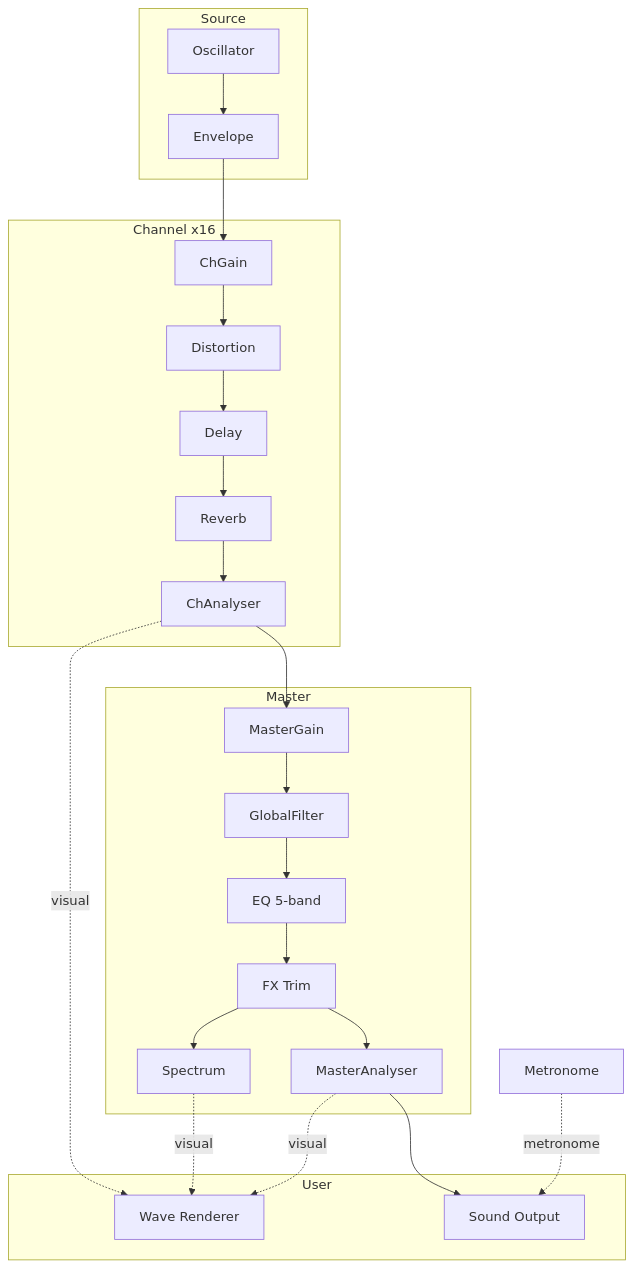
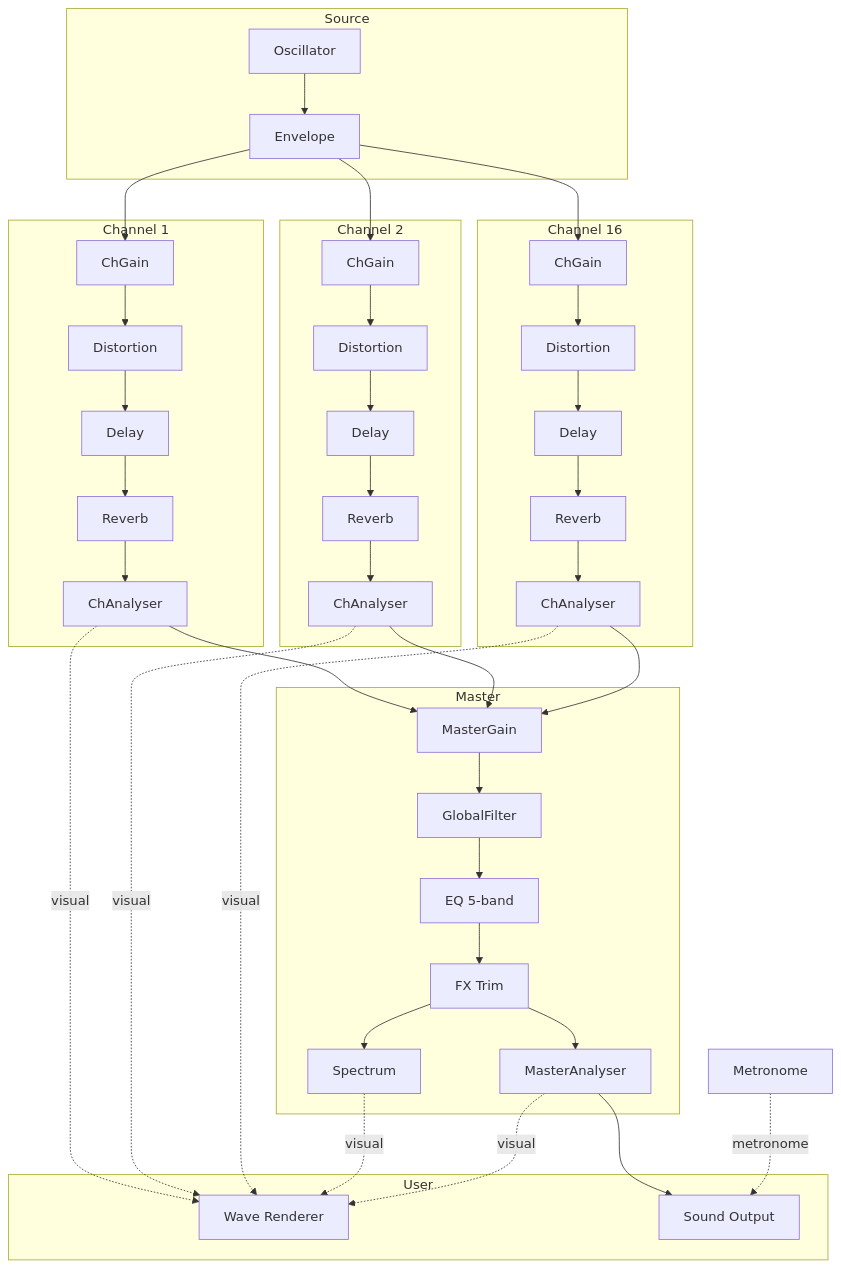
One commit to orleans-house/midi-parser changed the diagram in README.md. Above: the diagram before and after it, drawn with Mermaid.

Commit message:
docs: show 3 individual channels in Mermaid diagram

````diff
--- a/README.md
+++ b/README.md
@@ -28,29 +28,43 @@
 ```mermaid
 graph TD
   subgraph Source
     Osc[Oscillator] --> Env[Envelope]
   end
 
-  subgraph Channel["Channel x16"]
-    ChGain[ChGain] --> ChDist[Distortion] --> ChDelay[Delay] --> ChReverb[Reverb] --> ChAna[ChAnalyser]
+  subgraph Ch1["Channel 1"]
+    ChGain1[ChGain] --> ChDist1[Distortion] --> ChDelay1[Delay] --> ChReverb1[Reverb] --> ChAna1[ChAnalyser]
+  end
+
+  subgraph Ch2["Channel 2"]
+    ChGain2[ChGain] --> ChDist2[Distortion] --> ChDelay2[Delay] --> ChReverb2[Reverb] --> ChAna2[ChAnalyser]
+  end
+
+  subgraph Ch16["Channel 16"]
+    ChGain16[ChGain] --> ChDist16[Distortion] --> ChDelay16[Delay] --> ChReverb16[Reverb] --> ChAna16[ChAnalyser]
   end
 
   subgraph Master
     MGain[MasterGain] --> GF[GlobalFilter] --> EQ[EQ 5-band] --> Trim[FX Trim]
     Trim --> Spec[Spectrum]
     Trim --> MAna[MasterAnalyser]
   end
 
   subgraph User
     Wave[Wave Renderer]
     Sound[Sound Output]
   end
 
-  Env --> ChGain
-  ChAna --> MGain
+  Env --> ChGain1
+  Env --> ChGain2
+  Env --> ChGain16
+  ChAna1 --> MGain
+  ChAna2 --> MGain
+  ChAna16 --> MGain
   MAna --> Sound
   Metronome -. metronome .-> Sound
-  ChAna -. visual .-> Wave
+  ChAna1 -. visual .-> Wave
+  ChAna2 -. visual .-> Wave
+  ChAna16 -. visual .-> Wave
   Spec -. visual .-> Wave
   MAna -. visual .-> Wave
 ```
````
